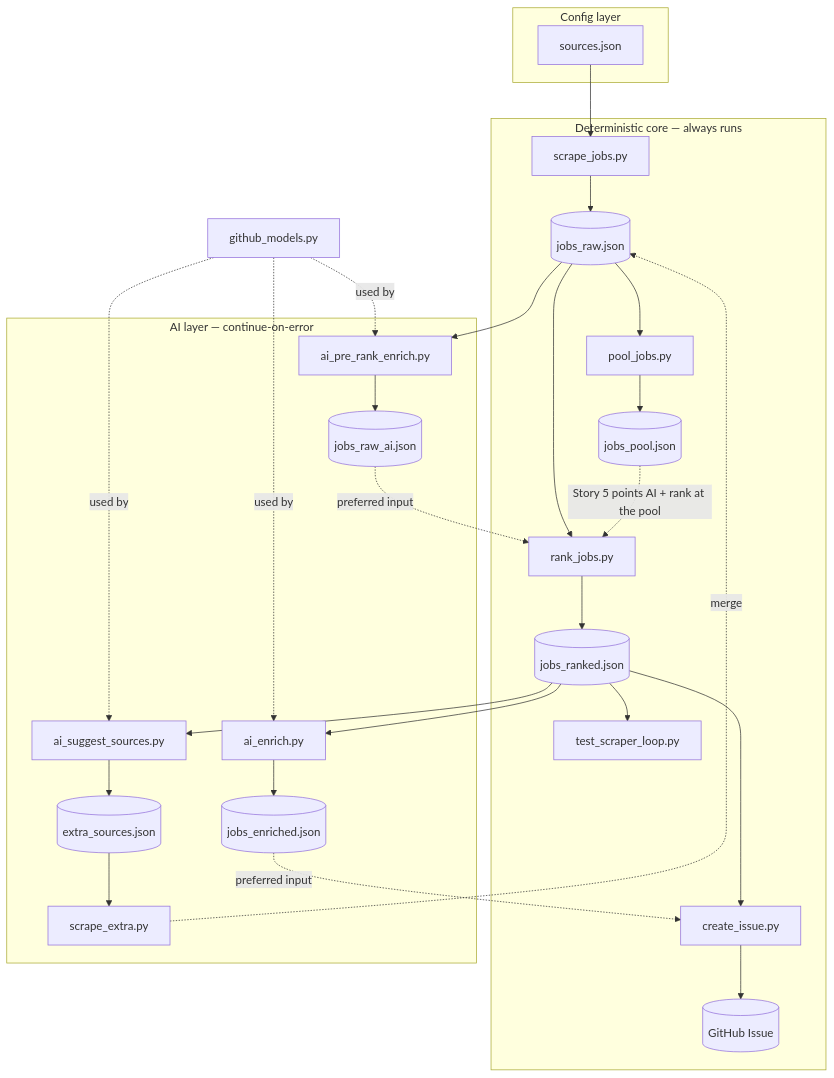
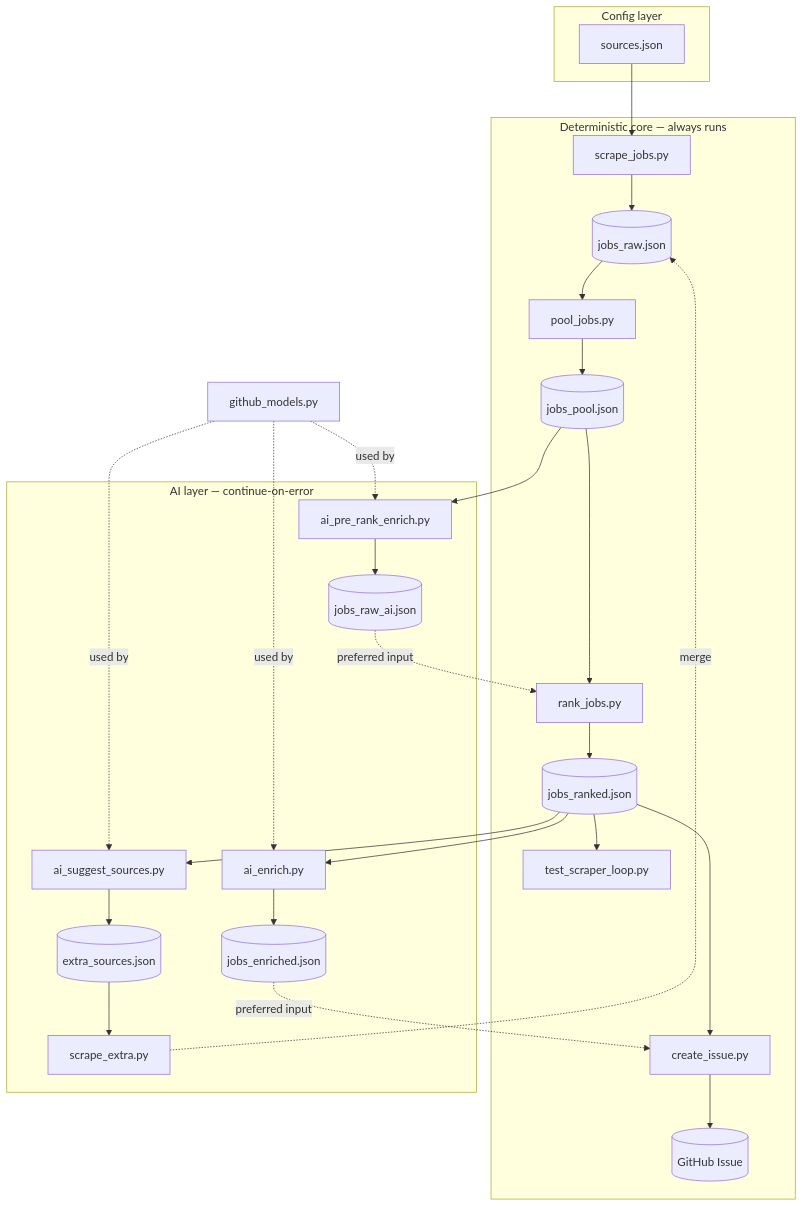
Before and after one commit to EnnioTorre/dach-exec-job-alerts: the diagram in docs/architecture.md, drawn with Mermaid. The commit also changed other lines of this file and 4 other files, not shown here.

Commit message:
feat(rank): AI pre-rank and rank read the bounded pool (Story 5)

````diff
--- a/docs/architecture.md
+++ b/docs/architecture.md
@@ -18,26 +18,25 @@
 ```mermaid
 flowchart TD
     subgraph config [Config layer]
         SRC[sources.json]
     end
     subgraph deterministic [Deterministic core — always runs]
         SCRAPE[scrape_jobs.py] --> RAW[(jobs_raw.json)]
         RAW --> POOL[pool_jobs.py] --> POOLF[(jobs_pool.json)]
-        RAW --> RANK[rank_jobs.py] --> RANKED[(jobs_ranked.json)]
+        POOLF --> RANK[rank_jobs.py] --> RANKED[(jobs_ranked.json)]
         RANKED --> VAL[test_scraper_loop.py]
         RANKED --> ISSUE[create_issue.py] --> OUT[(GitHub Issue)]
     end
     subgraph optional [AI layer — continue-on-error]
-        RAW --> PRE[ai_pre_rank_enrich.py] --> RAWAI[(jobs_raw_ai.json)]
+        POOLF --> PRE[ai_pre_rank_enrich.py] --> RAWAI[(jobs_raw_ai.json)]
         RAWAI -.preferred input.-> RANK
         RANKED --> SUG[ai_suggest_sources.py] --> EXTRA[(extra_sources.json)]
         EXTRA --> SCX[scrape_extra.py] -.merge.-> RAW
         RANKED --> ENR[ai_enrich.py] --> ENRICHED[(jobs_enriched.json)]
         ENRICHED -.preferred input.-> ISSUE
     end
     SRC --> SCRAPE
-    POOLF -.Story 5 points AI + rank at the pool.-> RANK
     MODELS[github_models.py] -.used by.-> PRE
     MODELS -.used by.-> SUG
     MODELS -.used by.-> ENR
 ```
````
